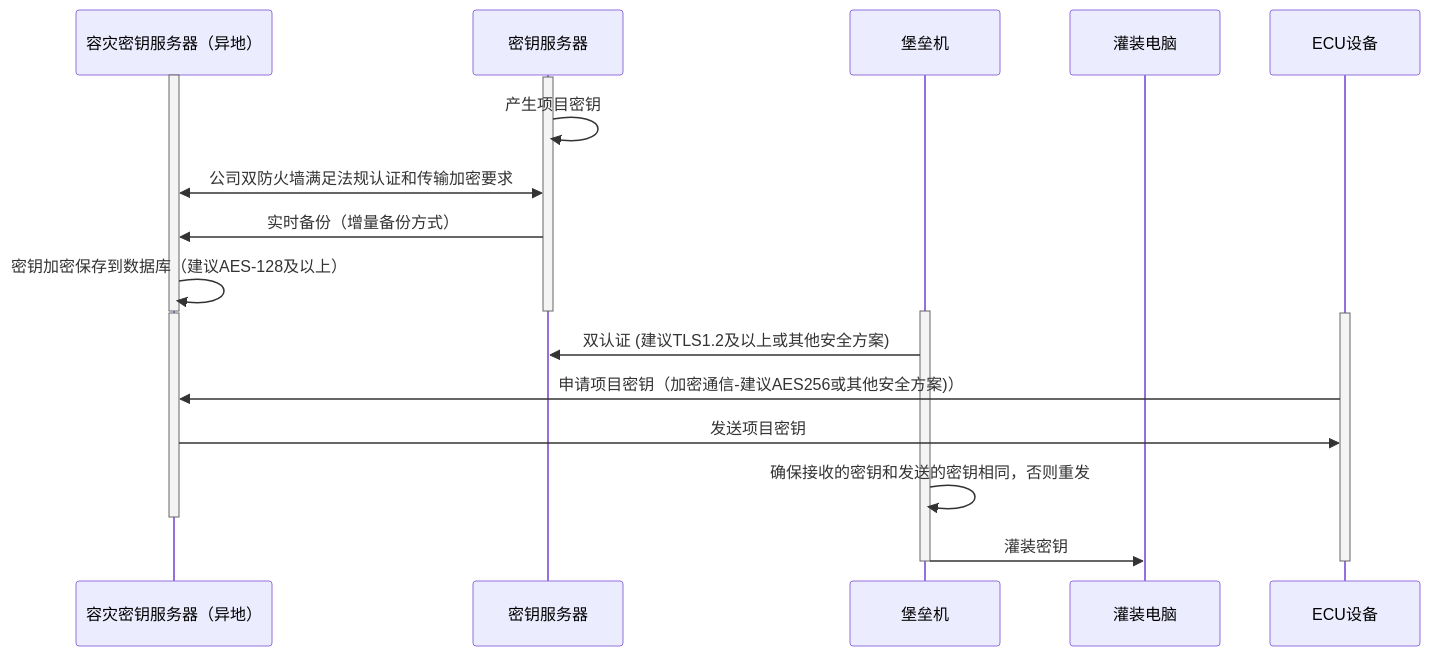
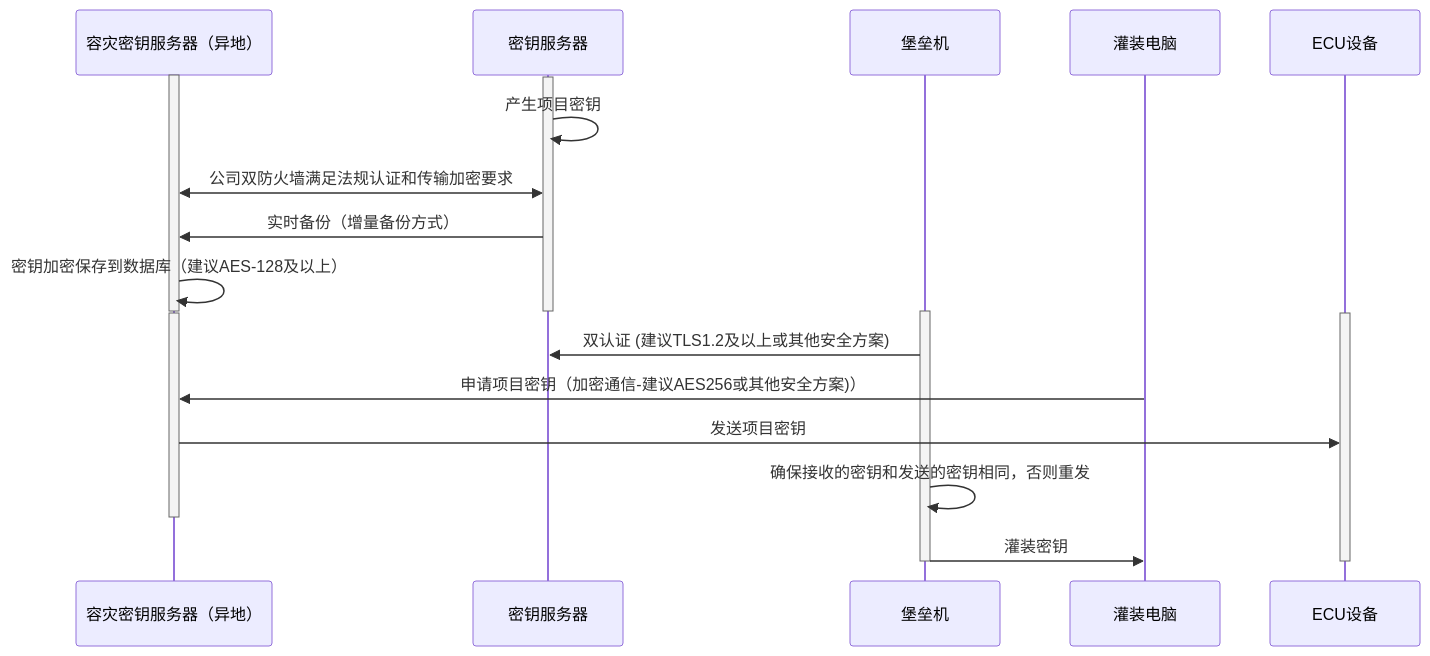
The diagram in all/未命名-15.md (facebook-cloud/iodraw-files), drawn with Mermaid before and after one commit.

Commit message:
2026-02-07 10:03:35 update

````diff
--- a/all/未命名-15.md
+++ b/all/未命名-15.md
@@ -1,32 +1,32 @@
 ```mermaid
 sequenceDiagram
     participant A as 容灾密钥服务器（异地）
     participant B as 密钥服务器
     participant C as 堡垒机
     participant D as 灌装电脑
     participant E as ECU设备
 
     activate A
     activate B
     B->>B: 产生项目密钥
     A<<->>B: 公司双防火墙满足法规认证和传输加密要求
     B->>A: 实时备份（增量备份方式）
     A->>A: 密钥加密保存到数据库（建议AES-128及以上）
     deactivate B
     deactivate A
 
     activate C
     activate A
     activate E
 
     C->>B: 双认证 (建议TLS1.2及以上或其他安全方案)
-    E->>A: 申请项目密钥（加密通信-建议AES256或其他安全方案)）
+    D->>A: 申请项目密钥（加密通信-建议AES256或其他安全方案)）
     A->>E: 发送项目密钥
 
     C->>C: 确保接收的密钥和发送的密钥相同，否则重发
     deactivate A
     C->>D: 灌装密钥
     deactivate C
     deactivate E
 
 ```
````
